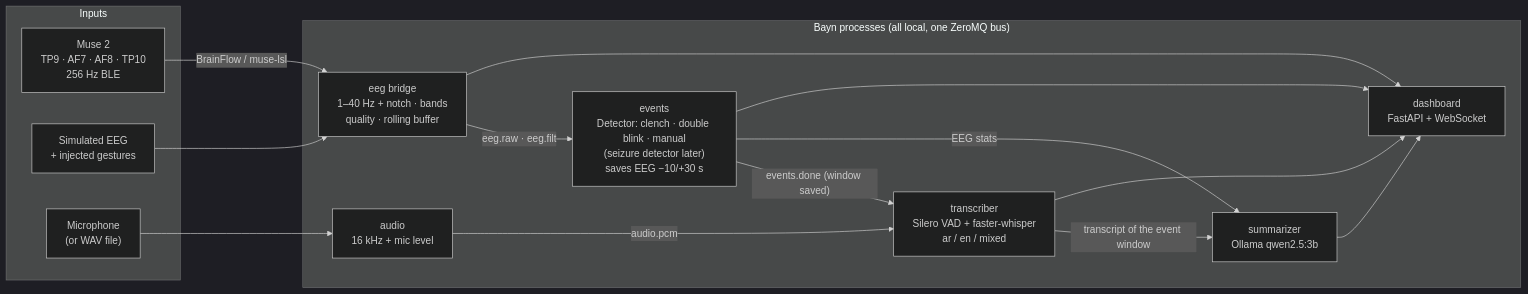
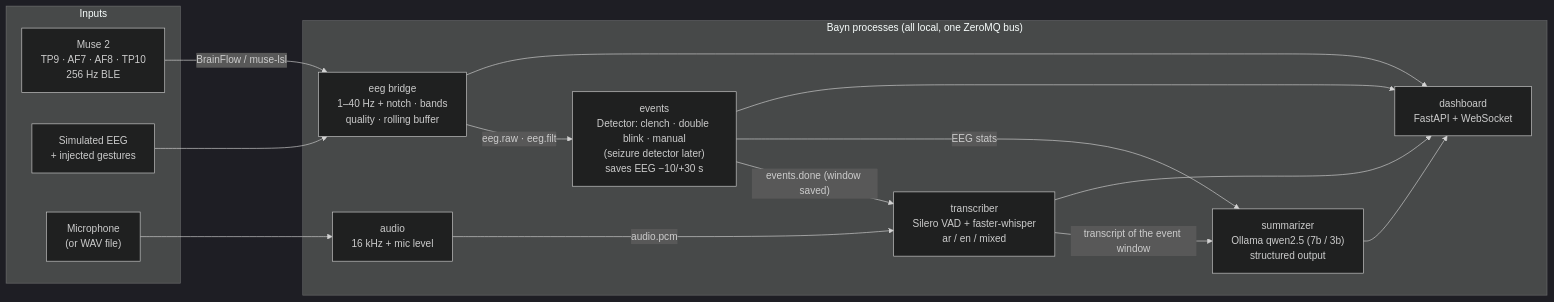
Before and after one commit to Omar0Rawas/bayn: the diagram in README.md, drawn with Mermaid (dark theme). The commit also changed other lines of this file and 31 other files, not shown here.

````diff
--- a/README.md
+++ b/README.md
@@ -37,28 +37,28 @@
 ```mermaid
 flowchart LR
     subgraph In["Inputs"]
         MUSE["Muse 2<br/>TP9 · AF7 · AF8 · TP10<br/>256 Hz BLE"]
         SIM["Simulated EEG<br/>+ injected gestures"]
         MIC["Microphone<br/>(or WAV file)"]
     end
     MUSE -->|BrainFlow / muse-lsl| BRIDGE
     SIM --> BRIDGE
     MIC --> AUDIO
     subgraph Bayn["Bayn processes (all local, one ZeroMQ bus)"]
         BRIDGE["eeg bridge<br/>1–40 Hz + notch · bands<br/>quality · rolling buffer"]
         EVENTS["events<br/>Detector: clench · double blink · manual<br/>(seizure detector later)<br/>saves EEG −10/+30 s"]
         AUDIO["audio<br/>16 kHz + mic level"]
         STT["transcriber<br/>Silero VAD + faster-whisper<br/>ar / en / mixed"]
-        SUM["summarizer<br/>Ollama qwen2.5:3b"]
+        SUM["summarizer<br/>Ollama qwen2.5 (7b / 3b)<br/>structured output"]
         UI["dashboard<br/>FastAPI + WebSocket"]
     end
     BRIDGE -->|eeg.raw · eeg.filt| EVENTS
     AUDIO -->|audio.pcm| STT
     EVENTS -->|"events.done (window saved)"| STT
     STT -->|"transcript of the event window"| SUM
     EVENTS -->|EEG stats| SUM
     BRIDGE --> UI
     EVENTS --> UI
     STT --> UI
     SUM --> UI
 ```
````
